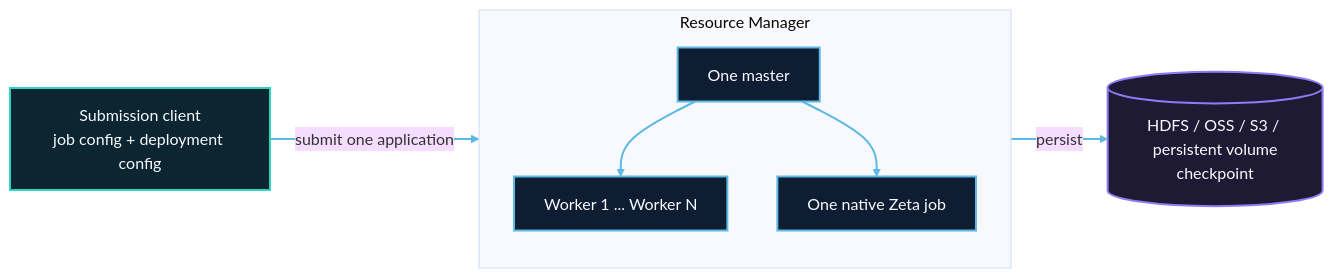
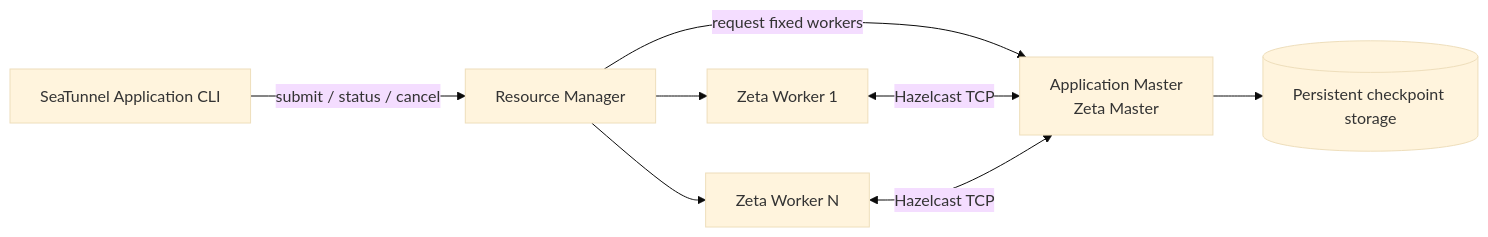
The diagram in docs/en/getting-started/application/overview.md (apache/seatunnel), drawn with Mermaid (base theme) before and after one commit. The commit also changed other lines of this file and 3 other files, not shown here.

Commit message:
[Docs][Zeta] Make the shared application mode guides platform neutral

````diff
--- a/docs/en/getting-started/application/overview.md
+++ b/docs/en/getting-started/application/overview.md
@@ -12,26 +14,10 @@
 ```mermaid
 flowchart LR
-    client["Submission client<br/>job config + deployment config"]
-
-    subgraph platform["Resource Manager"]
-        direction TB
-        master["One master"]
-        workers["Worker 1 ... Worker N"]
-        job["One native Zeta job"]
-        master --> workers
-        master --> job
-    end
-
-    checkpoint[("HDFS / OSS / S3 / persistent volume<br/>checkpoint")]
-
-    client -->|submit one application| master
-    job -->|persist| checkpoint
-
-    classDef layerBlue fill:#0f1d33,stroke:#5db8e2,stroke-width:2px,color:#f8fbff;
-    classDef layerCyan fill:#0c2530,stroke:#2dd4bf,stroke-width:2px,color:#f8fbff;
-    classDef layerPurple fill:#1f1a34,stroke:#8d7cf6,stroke-width:2px,color:#f8fbff;
-    class client layerCyan;
-    class master,workers,job layerBlue;
-    class checkpoint layerPurple;
-    linkStyle default stroke:#5db8e2,stroke-width:2px;
+    cli["SeaTunnel Application CLI"] -->|submit / status / cancel| manager["Resource Manager"]
+    manager -->|request fixed workers| master["Application Master<br/>Zeta Master"]
+    manager --> worker1["Zeta Worker 1"]
+    manager --> workerN["Zeta Worker N"]
+    worker1 <-->|Hazelcast TCP| master
+    workerN <-->|Hazelcast TCP| master
+    master --> storage[("Persistent checkpoint storage")]
 ```
````
